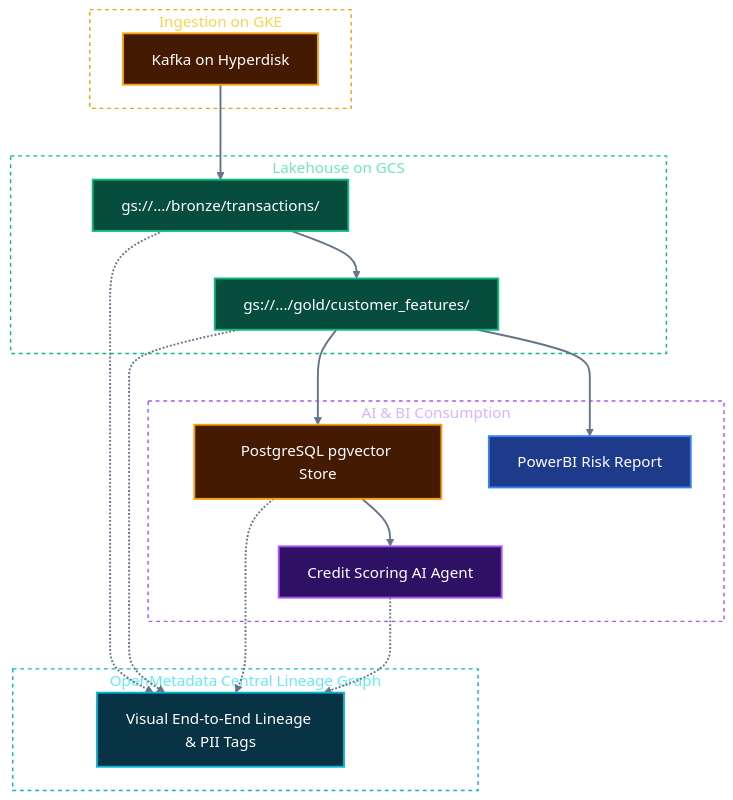
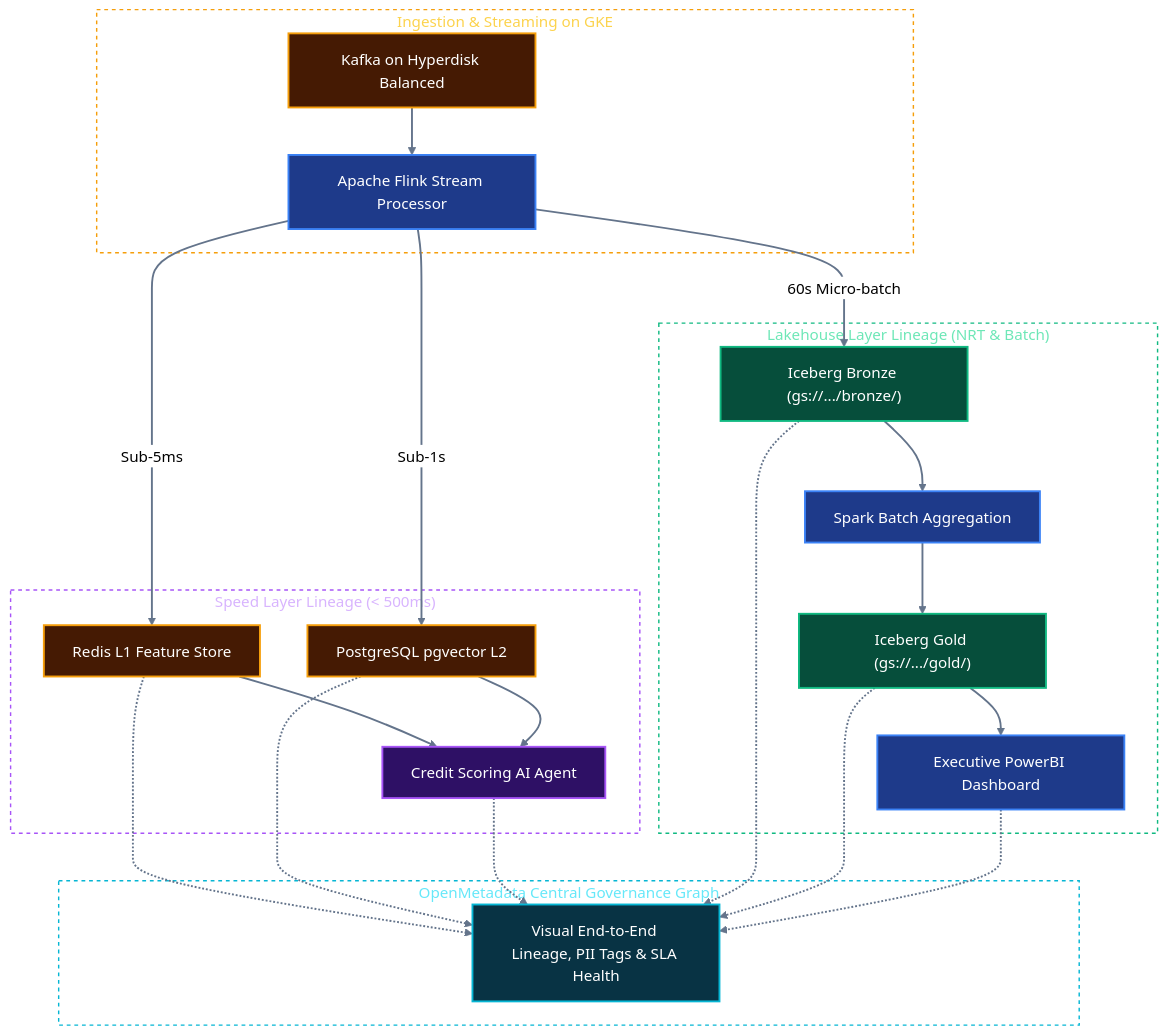
The second of 4 diagrams in docs/architectures/04_governance_security_and_observability.md (toanbui626391/data_platform_gcp), drawn with Mermaid (neutral theme) before and after one commit. The commit also changed other lines of this file and 6 other files, not shown here.

````diff
--- a/docs/architectures/04_governance_security_and_observability.md
+++ b/docs/architectures/04_governance_security_and_observability.md
@@ -53,46 +68,53 @@
 ```mermaid
 flowchart TD
-    subgraph Ingestion["Ingestion on GKE"]
-        Kafka["Kafka on Hyperdisk"]:::warning
+    subgraph Ingestion["Ingestion & Streaming on GKE"]
+        Kafka["Kafka on Hyperdisk Balanced"]:::warning
+        Flink["Apache Flink Stream Processor"]:::primary
+        Kafka --> Flink
     end
 
-    subgraph Lakehouse["Lakehouse on GCS"]
-        IcebergBronze["gs://.../bronze/transactions/"]:::success
-        IcebergGold["gs://.../gold/customer_features/"]:::success
+    subgraph SpeedLayer["Speed Layer Lineage (< 500ms)"]
+        Redis["Redis L1 Feature Store"]:::warning
+        pgvector["PostgreSQL pgvector L2"]:::warning
+        Agent["Credit Scoring AI Agent"]:::purple
+        
+        Flink -->|"Sub-5ms"| Redis --> Agent
+        Flink -->|"Sub-1s"| pgvector --> Agent
     end
 
-    subgraph Serving["AI & BI Consumption"]
-        pgvector["PostgreSQL pgvector Store"]:::warning
-        Agent["Credit Scoring AI Agent"]:::purple
-        BI["PowerBI Risk Report"]:::primary
+    subgraph LakehouseLayer["Lakehouse Layer Lineage (NRT & Batch)"]
+        IcebergBronze["Iceberg Bronze (gs://.../bronze/)"]:::success
+        Spark["Spark Batch Aggregation"]:::primary
+        IcebergGold["Iceberg Gold (gs://.../gold/)"]:::success
+        BI["Executive PowerBI Dashboard"]:::primary
+        
+        Flink -->|"60s Micro-batch"| IcebergBronze --> Spark --> IcebergGold --> BI
     end
 
-    subgraph Catalog["OpenMetadata Central Lineage Graph"]
-        Graph["Visual End-to-End Lineage & PII Tags"]:::cyan
+    subgraph Catalog["OpenMetadata Central Governance Graph"]
+        Graph["Visual End-to-End Lineage, PII Tags & SLA Health"]:::cyan
     end
 
-    Kafka --> IcebergBronze --> IcebergGold
-    IcebergGold --> pgvector --> Agent
-    IcebergGold --> BI
-
+    Redis -.-> Graph
+    pgvector -.-> Graph
+    Agent -.-> Graph
     IcebergBronze -.-> Graph
     IcebergGold -.-> Graph
-    pgvector -.-> Graph
-    Agent -.-> Graph
+    BI -.-> Graph
 
     %% Subgraph Styling (Transparent & Dual-Mode Friendly)
     style Ingestion fill:none,stroke:#f59e0b,stroke-width:1.5px,stroke-dasharray: 4 4,color:#fcd34d
-    style Lakehouse fill:none,stroke:#10b981,stroke-width:1.5px,stroke-dasharray: 4 4,color:#6ee7b7
-    style Serving fill:none,stroke:#a855f7,stroke-width:1.5px,stroke-dasharray: 4 4,color:#d8b4fe
+    style SpeedLayer fill:none,stroke:#a855f7,stroke-width:1.5px,stroke-dasharray: 4 4,color:#d8b4fe
+    style LakehouseLayer fill:none,stroke:#10b981,stroke-width:1.5px,stroke-dasharray: 4 4,color:#6ee7b7
     style Catalog fill:none,stroke:#06b6d4,stroke-width:1.5px,stroke-dasharray: 4 4,color:#67e8f9
 
     %% Link Styling
     linkStyle default stroke:#64748b,stroke-width:2px;
 
     %% Universal Dual-Mode High-Contrast Palette
     classDef primary fill:#1e3a8a,stroke:#3b82f6,stroke-width:2px,color:#ffffff;
     classDef success fill:#064e3b,stroke:#10b981,stroke-width:2px,color:#ffffff;
     classDef warning fill:#451a03,stroke:#f59e0b,stroke-width:2px,color:#ffffff;
     classDef purple  fill:#2e1065,stroke:#a855f7,stroke-width:2px,color:#ffffff;
     classDef cyan    fill:#083344,stroke:#06b6d4,stroke-width:2px,color:#ffffff;
 ```
````
